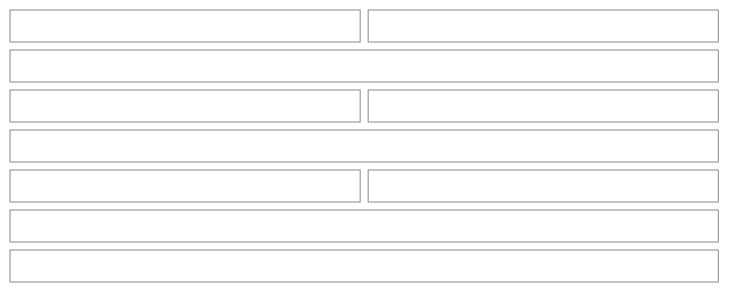
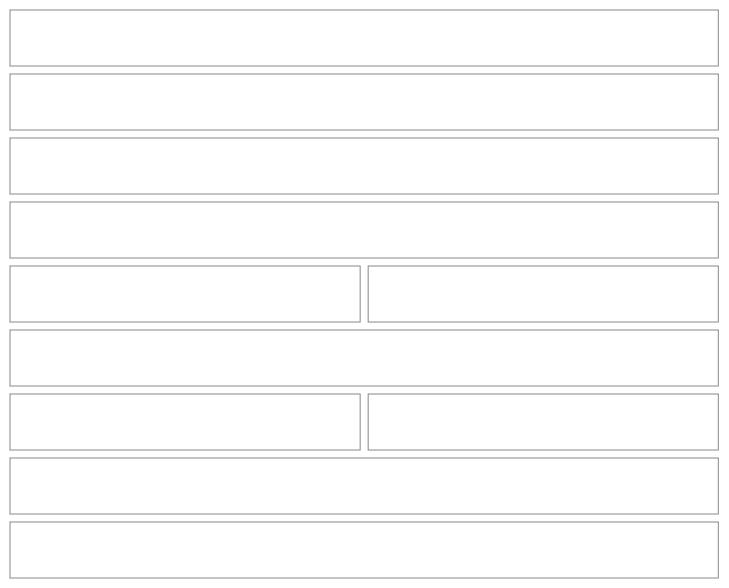
The eighth of 57 diagrams in src/apps/pinch/UX.md (NovaMoonX/moondreams-dev-apps), drawn with Mermaid before and after one commit. The commit also changed other lines of this file and 4 other files, not shown here.

First line of the commit message:
Pinch round 7 docs: a day's stats and no + on each day

````diff
--- a/src/apps/pinch/UX.md
+++ b/src/apps/pinch/UX.md
@@ -320,25 +321,27 @@
 ```mermaid
 %%{init: {'theme': 'base', 'themeVariables': {'primaryColor': 'transparent', 'primaryBorderColor': '#888888', 'primaryTextColor': '#333333', 'lineColor': '#888888'}}}%%
 block-beta
   columns 2
-  D1["Tue, Oct 13"]:1
-  D2["$10.30 so far"]:1
+  D1["Tue, Oct 13"]:2
+  D2["$10.30 ⚠<br/>Total so far"]:2
+  D2b["Stats for this day · Calories and protein ›"]:2
   D3["🍳 Breakfast"]:2
   D4["Oats with berries · 1 serving"]:1
   D5["$1.20 ›"]:1
   D6["🍝 Dinner"]:2
   D7["Taco night · Adobo chicken, Cilantro lime rice"]:1
   D8["$9.10+ ›"]:1
   D9["Add to shopping list · 3 of 13 already on your list"]:2
   D11["Plan on this day"]:2
   style D1 fill:transparent,stroke:#888888,stroke-width:1px;
   style D2 fill:transparent,stroke:#888888,stroke-width:1px;
+  style D2b fill:transparent,stroke:#888888,stroke-width:1px;
   style D3 fill:transparent,stroke:#888888,stroke-width:1px;
   style D4 fill:transparent,stroke:#888888,stroke-width:1px;
   style D5 fill:transparent,stroke:#888888,stroke-width:1px;
   style D6 fill:transparent,stroke:#888888,stroke-width:1px;
   style D7 fill:transparent,stroke:#888888,stroke-width:1px;
   style D8 fill:transparent,stroke:#888888,stroke-width:1px;
   style D9 fill:transparent,stroke:#888888,stroke-width:1px;
   style D11 fill:transparent,stroke:#888888,stroke-width:1px;
 ```
````
